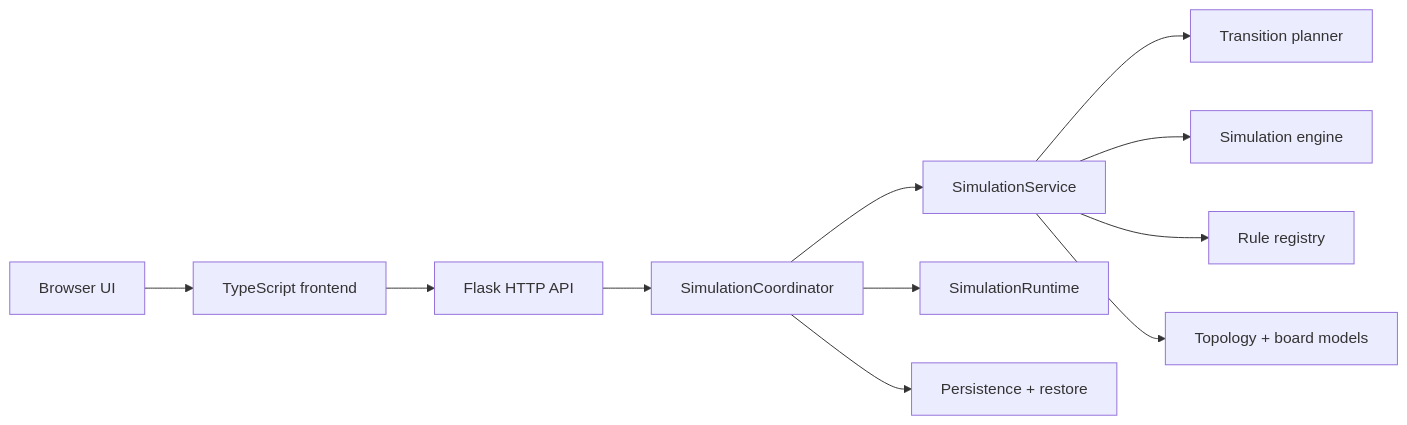
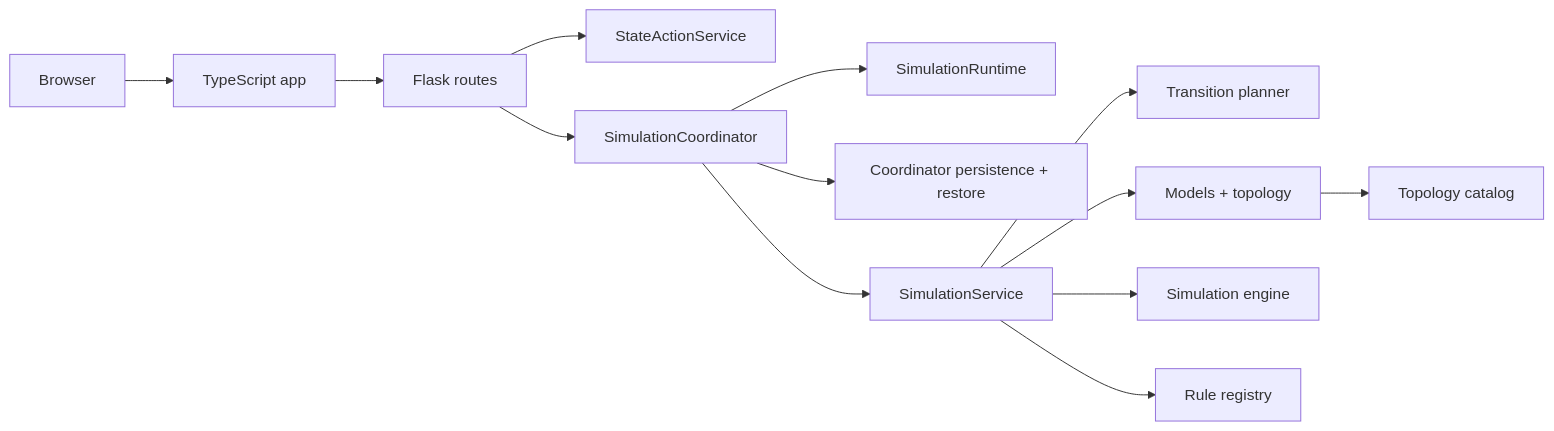
One commit to Grgs/cellular-automaton-lab changed the diagram in docs/ARCHITECTURE.md. Above: the diagram before and after it, drawn with Mermaid. The commit also changed other lines of this file and 1 other file, not shown here.

Commit message:
Refresh architecture and testing guides

````diff
--- a/docs/ARCHITECTURE.md
+++ b/docs/ARCHITECTURE.md
@@ -9,13 +9,15 @@
 ```mermaid
 flowchart LR
-    Browser["Browser UI"] --> Frontend["TypeScript frontend"]
-    Frontend --> API["Flask HTTP API"]
-    API --> Coordinator["SimulationCoordinator"]
+    Browser["Browser"] --> Frontend["TypeScript app"]
+    Frontend --> Routes["Flask routes"]
+    Routes --> StateActions["StateActionService"]
+    Routes --> Coordinator["SimulationCoordinator"]
+    Coordinator --> Runtime["SimulationRuntime"]
+    Coordinator --> Persist["Coordinator persistence + restore"]
     Coordinator --> Service["SimulationService"]
-    Coordinator --> Runtime["SimulationRuntime"]
-    Coordinator --> Persistence["Persistence + restore"]
     Service --> Planner["Transition planner"]
+    Service --> Models["Models + topology"]
     Service --> Engine["Simulation engine"]
+    Models --> Catalog["Topology catalog"]
     Service --> Rules["Rule registry"]
-    Service --> Models["Topology + board models"]
 ```
````
